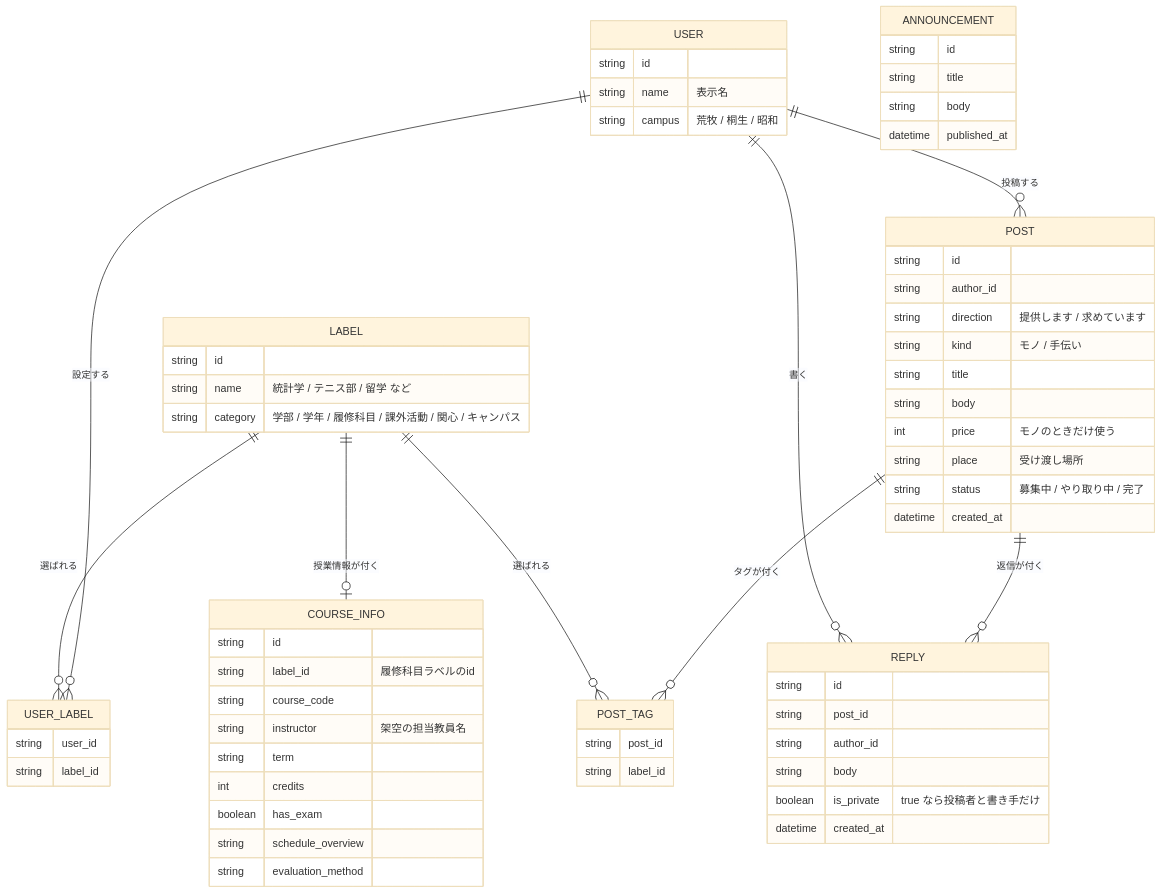
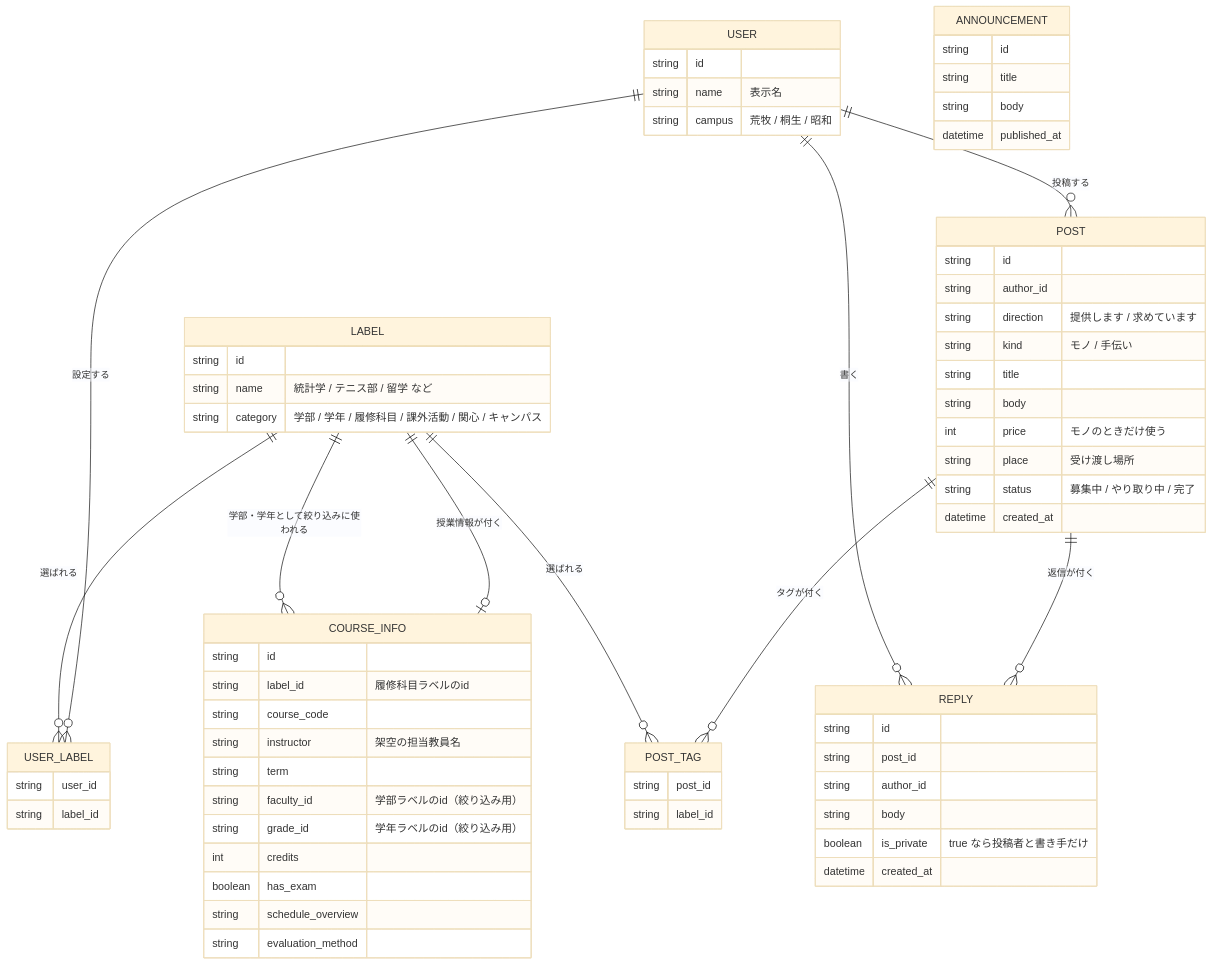
One commit to st-yuka0310/platform_app changed the diagram in README.md. Above: the diagram before and after it, drawn with Mermaid (base theme). The commit also changed other lines of this file and 8 other files, not shown here.

````diff
--- a/README.md
+++ b/README.md
@@ -392,67 +405,70 @@
 ```mermaid
 erDiagram
     USER ||--o{ USER_LABEL : "設定する"
     LABEL ||--o{ USER_LABEL : "選ばれる"
     USER ||--o{ POST : "投稿する"
     POST ||--o{ POST_TAG : "タグが付く"
     LABEL ||--o{ POST_TAG : "選ばれる"
     POST ||--o{ REPLY : "返信が付く"
     USER ||--o{ REPLY : "書く"
 
     USER {
         string id
         string name "表示名"
         string campus "荒牧 / 桐生 / 昭和"
     }
     LABEL {
         string id
         string name "統計学 / テニス部 / 留学 など"
         string category "学部 / 学年 / 履修科目 / 課外活動 / 関心 / キャンパス"
     }
     USER_LABEL {
         string user_id
         string label_id
     }
     POST {
         string id
         string author_id
         string direction "提供します / 求めています"
         string kind "モノ / 手伝い"
         string title
         string body
         int price "モノのときだけ使う"
         string place "受け渡し場所"
         string status "募集中 / やり取り中 / 完了"
         datetime created_at
     }
     POST_TAG {
         string post_id
         string label_id
     }
     REPLY {
         string id
         string post_id
         string author_id
         string body
         boolean is_private "true なら投稿者と書き手だけ"
         datetime created_at
     }
     ANNOUNCEMENT {
         string id
         string title
         string body
         datetime published_at
     }
     LABEL ||--o| COURSE_INFO : "授業情報が付く"
+    LABEL ||--o{ COURSE_INFO : "学部・学年として絞り込みに使われる"
     COURSE_INFO {
         string id
         string label_id "履修科目ラベルのid"
         string course_code
         string instructor "架空の担当教員名"
         string term
+        string faculty_id "学部ラベルのid（絞り込み用）"
+        string grade_id "学年ラベルのid（絞り込み用）"
         int credits
         boolean has_exam
         string schedule_overview
         string evaluation_method
     }
 ```
````
